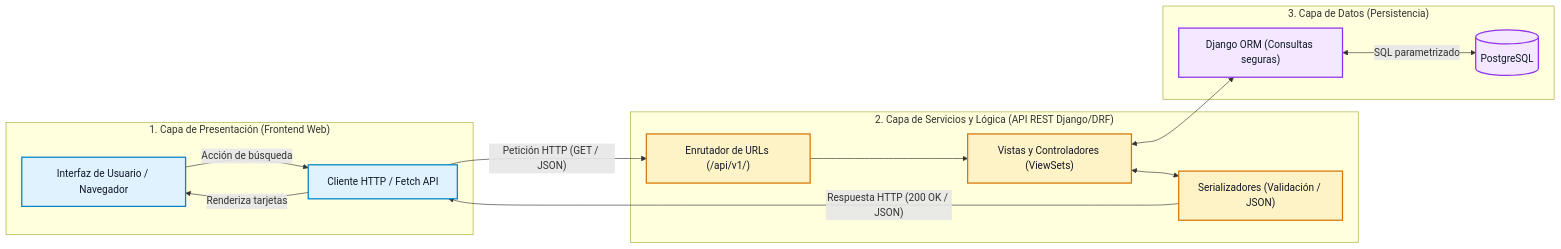
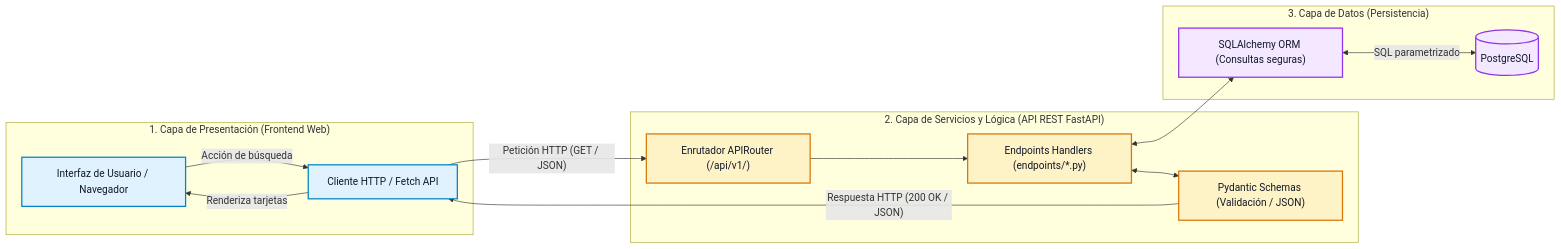
One commit to Darksam03/RuralConecta-ProyectoWeb changed the first of 2 diagrams in docs/api/especificacion-api.md. Above: the diagram before and after it, drawn with Mermaid. The commit also changed other lines of this file and 5 other files, not shown here.

````diff
--- a/docs/api/especificacion-api.md
+++ b/docs/api/especificacion-api.md
@@ -34,35 +34,35 @@
 ```mermaid
 flowchart LR
     subgraph Frontend ["1. Capa de Presentación (Frontend Web)"]
         UI["Interfaz de Usuario / Navegador"]
         Fetch["Cliente HTTP / Fetch API"]
         UI -->|"Acción de búsqueda"| Fetch
     end
 
-    subgraph API ["2. Capa de Servicios y Lógica (API REST Django/DRF)"]
-        Router["Enrutador de URLs (/api/v1/)"]
-        Views["Vistas y Controladores (ViewSets)"]
-        Serializers["Serializadores (Validación / JSON)"]
-        Router --> Views
-        Views <--> Serializers
+    subgraph API ["2. Capa de Servicios y Lógica (API REST FastAPI)"]
+        Router["Enrutador APIRouter (/api/v1/)"]
+        Endpoints["Endpoints Handlers (endpoints/*.py)"]
+        Schemas["Pydantic Schemas (Validación / JSON)"]
+        Router --> Endpoints
+        Endpoints <--> Schemas
     end
 
     subgraph Persistencia ["3. Capa de Datos (Persistencia)"]
-        ORM["Django ORM (Consultas seguras)"]
+        ORM["SQLAlchemy ORM (Consultas seguras)"]
         DB[("PostgreSQL")]
         ORM <-->|"SQL parametrizado"| DB
     end
 
     Fetch -->|"Petición HTTP (GET / JSON)"| Router
-    Views <--> ORM
-    Serializers -->|"Respuesta HTTP (200 OK / JSON)"| Fetch
+    Endpoints <--> ORM
+    Schemas -->|"Respuesta HTTP (200 OK / JSON)"| Fetch
     Fetch -->|"Renderiza tarjetas"| UI
 
     classDef client fill:#e0f2fe,stroke:#0284c7,stroke-width:2px,color:#111827;
     classDef api fill:#fef3c7,stroke:#d97706,stroke-width:2px,color:#111827;
     classDef db fill:#f3e8ff,stroke:#9333ea,stroke-width:2px,color:#111827;
 
     class UI,Fetch client;
-    class Router,Views,Serializers api;
+    class Router,Endpoints,Schemas api;
     class ORM,DB db;
 ```
````
